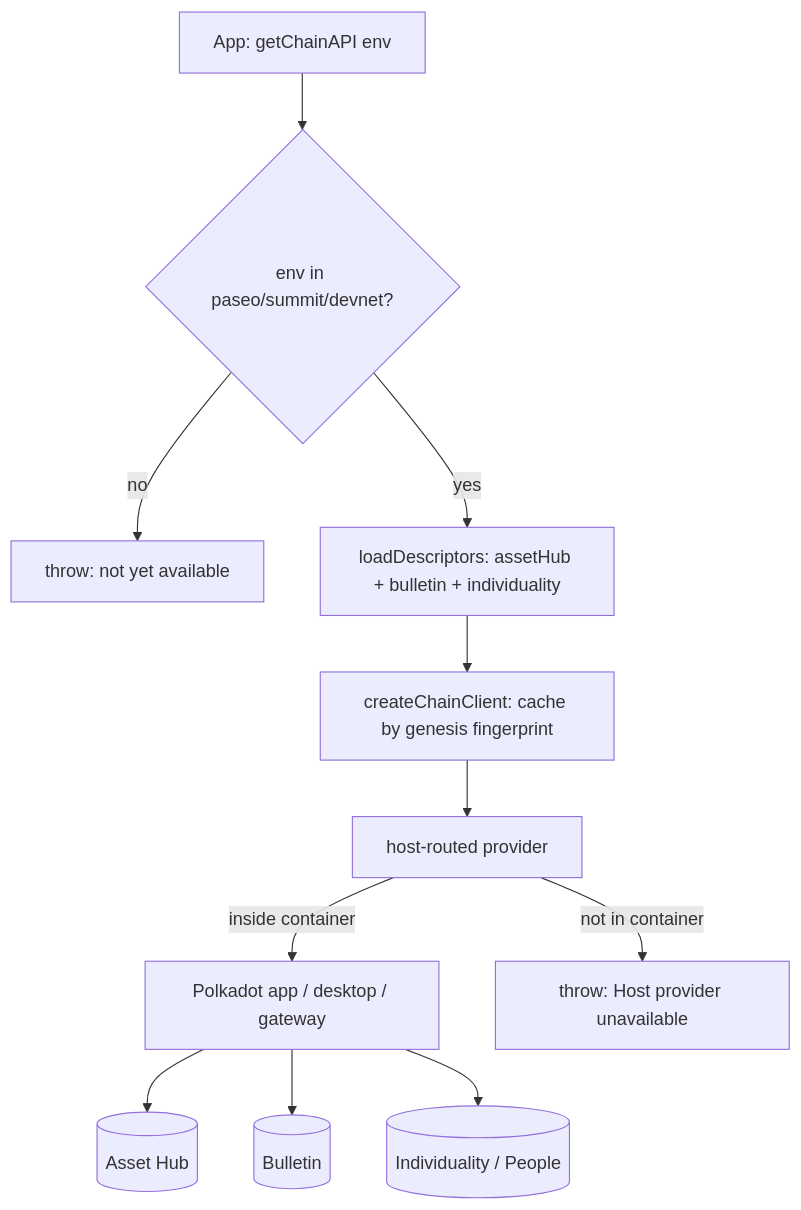
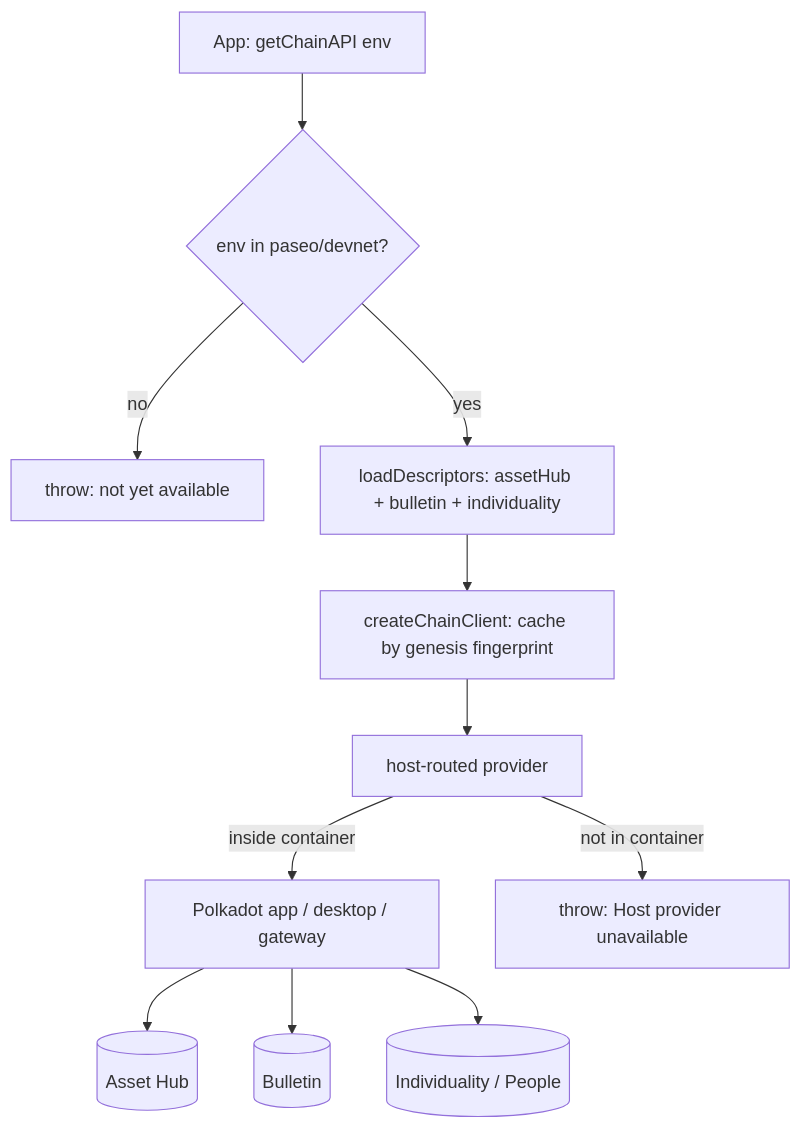
One commit to Polkadot-Community-Foundation/polkadot-app-docs changed the diagram in docs/guides/platform-services-sdk.md. Above: the diagram before and after it, drawn with Mermaid. The commit also changed other lines of this file, not shown here.

First line of the commit message:
docs(sdk): document the devnet descriptor version floor

````diff
--- a/docs/guides/platform-services-sdk.md
+++ b/docs/guides/platform-services-sdk.md
@@ -68,13 +80,13 @@
 ```mermaid
 flowchart TD
-  A[App: getChainAPI env] --> B{env in paseo/summit/devnet?}
+  A[App: getChainAPI env] --> B{env in paseo/devnet?}
   B -- no --> X[throw: not yet available]
   B -- yes --> C[loadDescriptors: assetHub + bulletin + individuality]
   C --> D[createChainClient: cache by genesis fingerprint]
   D --> E[host-routed provider]
   E -- inside container --> G[Polkadot app / desktop / gateway]
   E -- not in container --> Y[throw: Host provider unavailable]
   G --> H[(Asset Hub)]
   G --> I[(Bulletin)]
   G --> J[(Individuality / People)]
 ```
````
